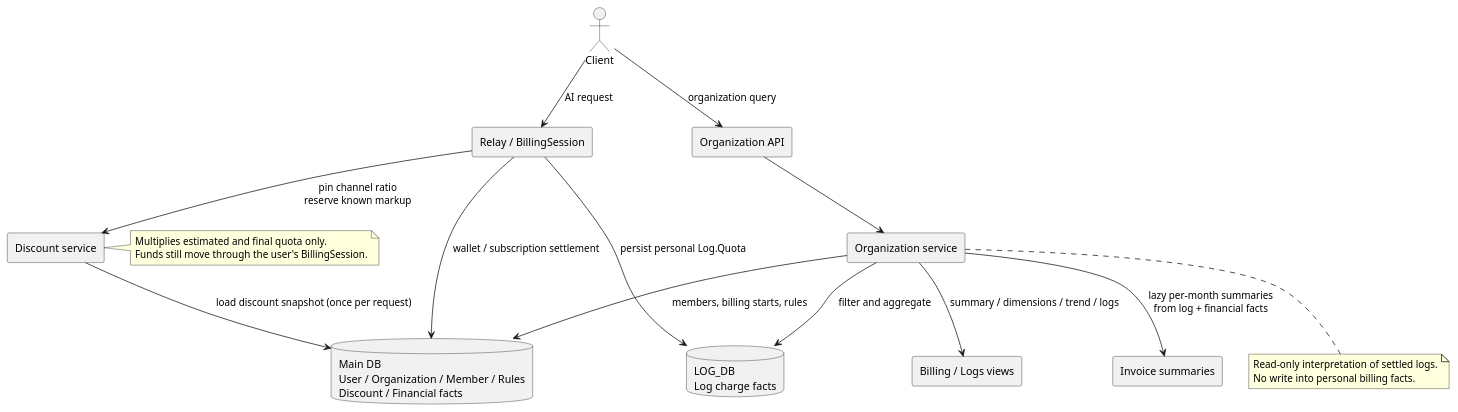
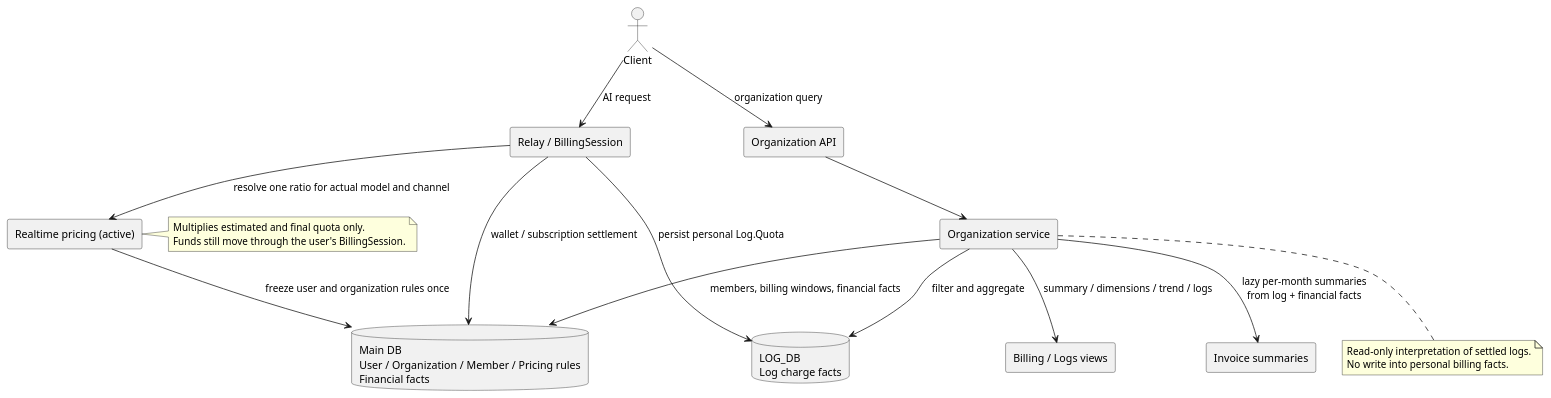
One commit to eLightCloud/token-gateway changed the first of 2 diagrams in docs/20-architecture/组织与组织账单架构设计.md. Above: the diagram before and after it, drawn with PlantUML. The commit also changed other lines of this file and 24 other files, not shown here.

````diff
--- a/docs/20-architecture/组织与组织账单架构设计.md
+++ b/docs/20-architecture/组织与组织账单架构设计.md
@@ -22,37 +22,37 @@
 ```plantuml
 @startuml
 skinparam componentStyle rectangle
 
 actor Client
 component "Relay / BillingSession" as Billing
 component "Organization API" as OrgAPI
 component "Organization service" as OrgService
-component "Discount service" as Discount
-database "Main DB\nUser / Organization / Member / Rules\nDiscount / Financial facts" as MainDB
+component "Realtime pricing (active)" as Discount
+database "Main DB\nUser / Organization / Member / Pricing rules\nFinancial facts" as MainDB
 database "LOG_DB\nLog charge facts" as LogDB
 component "Billing / Logs views" as Views
 component "Invoice summaries" as Invoice
 
 Client --> Billing : AI request
-Discount --> MainDB : load discount snapshot (once per request)
-Billing --> Discount : pin channel ratio\nreserve known markup
+Discount --> MainDB : freeze user and organization rules once
+Billing --> Discount : resolve one ratio for actual model and channel
 Billing --> MainDB : wallet / subscription settlement
 Billing --> LogDB : persist personal Log.Quota
 
 Client --> OrgAPI : organization query
 OrgAPI --> OrgService
-OrgService --> MainDB : members, billing starts, rules
+OrgService --> MainDB : members, billing windows, financial facts
 OrgService --> LogDB : filter and aggregate
 OrgService --> Views : summary / dimensions / trend / logs
 OrgService --> Invoice : lazy per-month summaries\nfrom log + financial facts
 
 note bottom of OrgService
 Read-only interpretation of settled logs.
 No write into personal billing facts.
 end note
 note right of Discount
 Multiplies estimated and final quota only.
 Funds still move through the user's BillingSession.
 end note
 @enduml
 ```
````
